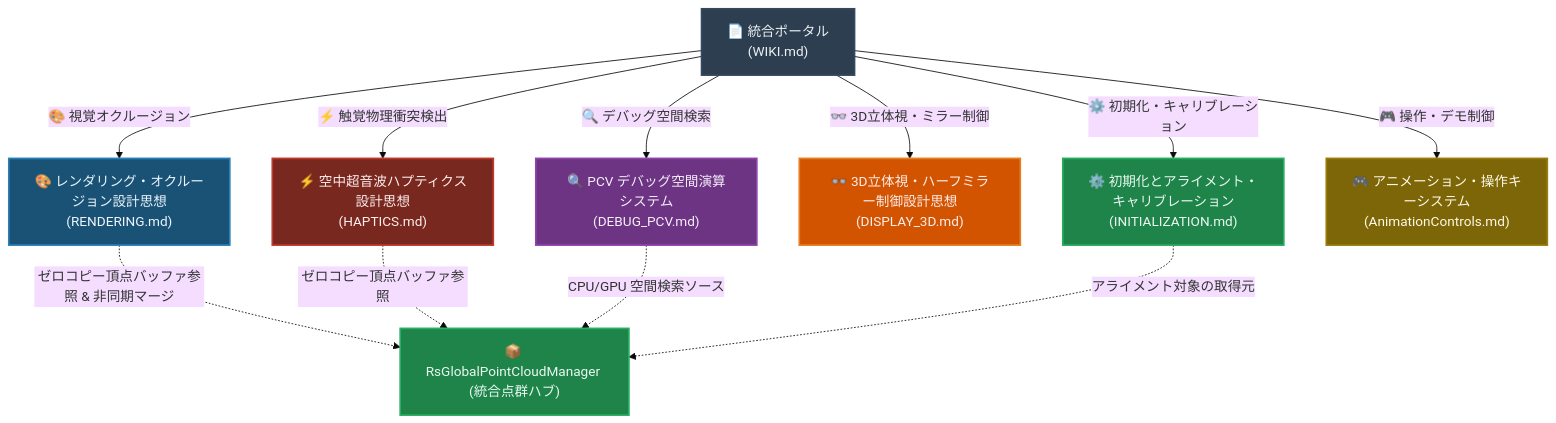
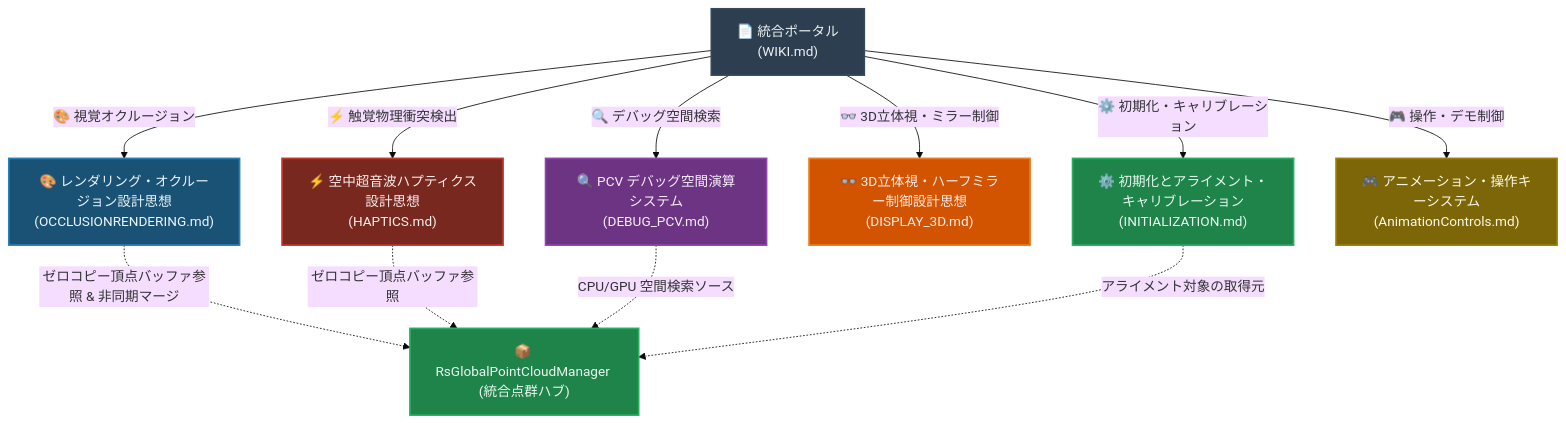
Before and after one commit to kotetsuOU/HandTrakingDemo: the diagram in WIKI.md, drawn with Mermaid (base theme). The commit also changed other lines of this file and 204 other files, not shown here.

````diff
--- a/WIKI.md
+++ b/WIKI.md
@@ -13,29 +13,29 @@
 ```mermaid
 graph TD
     %% スタイル定義
     classDef main fill:#2C3E50,stroke:#34495E,stroke-width:2px,color:#ECF0F1;
     classDef render fill:#1A5276,stroke:#2980B9,stroke-width:2px,color:#EBF5FB;
     classDef haptic fill:#78281F,stroke:#C0392B,stroke-width:2px,color:#FDEDEC;
     classDef debug fill:#6C3483,stroke:#8E44AD,stroke-width:2px,color:#F5EEF8;
     classDef common fill:#1E8449,stroke:#27AE60,stroke-width:2px,color:#EAF8F2;
     classDef display fill:#D35400,stroke:#E67E22,stroke-width:2px,color:#FDEDEC;
     classDef control fill:#7D6608,stroke:#9A7D0A,stroke-width:2px,color:#FEF9E7;
 
     %% ノード定義
     WIKI["📄 統合ポータル<br/>(WIKI.md)"]:::main
     
     %% サブシステム分離
-    WIKI -->|"🎨 視覚オクルージョン"| RenderNode["🎨 レンダリング・オクルージョン設計思想<br/>(RENDERING.md)"]:::render
+    WIKI -->|"🎨 視覚オクルージョン"| RenderNode["🎨 レンダリング・オクルージョン設計思想<br/>(OCCLUSIONRENDERING.md)"]:::render
     WIKI -->|"⚡ 触覚物理衝突検出"| HapticsNode["⚡ 空中超音波ハプティクス設計思想<br/>(HAPTICS.md)"]:::haptic
     WIKI -->|"🔍 デバッグ空間検索"| DebugNode["🔍 PCV デバッグ空間演算システム<br/>(DEBUG_PCV.md)"]:::debug
     WIKI -->|"👓 3D立体視・ミラー制御"| DisplayNode["👓 3D立体視・ハーフミラー制御設計思想<br/>(DISPLAY_3D.md)"]:::display
     WIKI -->|"⚙️ 初期化・キャリブレーション"| InitNode["⚙️ 初期化とアライメント・キャリブレーション<br/>(INITIALIZATION.md)"]:::common
     WIKI -->|"🎮 操作・デモ制御"| ControlNode["🎮 アニメーション・操作キーシステム<br/>(AnimationControls.md)"]:::control
 
     %% 共通データハブ
     GlobalManager["📦 RsGlobalPointCloudManager (統合点群ハブ)"]:::common
     RenderNode -.->|ゼロコピー頂点バッファ参照 & 非同期マージ| GlobalManager
     HapticsNode -.->|ゼロコピー頂点バッファ参照| GlobalManager
     DebugNode -.->|CPU/GPU 空間検索ソース| GlobalManager
     InitNode -.->|アライメント対象の取得元| GlobalManager
 ```
````
